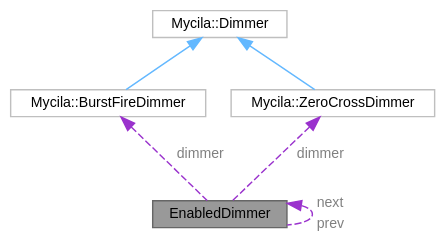
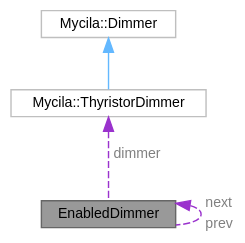
One commit to mathieucarbou/MycilaDimmer changed the diagram in docs/api/struct_enabled_dimmer__coll__graph.dot. Above: the diagram before and after it, drawn with Graphviz. The commit also changed 54 other files, not shown here.

```diff
--- a/docs/api/struct_enabled_dimmer__coll__graph.dot
+++ b/docs/api/struct_enabled_dimmer__coll__graph.dot
@@ -1,20 +1,16 @@
 digraph "EnabledDimmer"
 {
  // LATEX_PDF_SIZE
   bgcolor="transparent";
   edge [fontname=Helvetica,fontsize=10,labelfontname=Helvetica,labelfontsize=10];
   node [fontname=Helvetica,fontsize=10,shape=box,height=0.2,width=0.4];
   Node1 [id="Node000001",label="EnabledDimmer",height=0.2,width=0.4,color="gray40", fillcolor="grey60", style="filled", fontcolor="black",tooltip=" "];
   Node2 -> Node1 [id="edge1_Node000001_Node000002",dir="back",color="darkorchid3",style="dashed",tooltip=" ",label=<<TABLE CELLBORDER="0" BORDER="0"><TR><TD VALIGN="top" ALIGN="LEFT" CELLPADDING="1" CELLSPACING="0">dimmer</TD></TR>
 </TABLE>> ,fontcolor="grey" ];
-  Node2 [id="Node000002",label="Mycila::BurstFireDimmer",height=0.2,width=0.4,color="grey75", fillcolor="white", style="filled",URL="$class_mycila_1_1_burst_fire_dimmer.html",tooltip=" "];
+  Node2 [id="Node000002",label="Mycila::ThyristorDimmer",height=0.2,width=0.4,color="grey75", fillcolor="white", style="filled",URL="$class_mycila_1_1_thyristor_dimmer.html",tooltip=" "];
   Node3 -> Node2 [id="edge2_Node000002_Node000003",dir="back",color="steelblue1",style="solid",tooltip=" "];
   Node3 [id="Node000003",label="Mycila::Dimmer",height=0.2,width=0.4,color="grey75", fillcolor="white", style="filled",URL="$class_mycila_1_1_dimmer.html",tooltip=" "];
-  Node4 -> Node1 [id="edge3_Node000001_Node000004",dir="back",color="darkorchid3",style="dashed",tooltip=" ",label=<<TABLE CELLBORDER="0" BORDER="0"><TR><TD VALIGN="top" ALIGN="LEFT" CELLPADDING="1" CELLSPACING="0">dimmer</TD></TR>
-</TABLE>> ,fontcolor="grey" ];
-  Node4 [id="Node000004",label="Mycila::ZeroCrossDimmer",height=0.2,width=0.4,color="grey75", fillcolor="white", style="filled",URL="$class_mycila_1_1_zero_cross_dimmer.html",tooltip=" "];
-  Node3 -> Node4 [id="edge4_Node000004_Node000003",dir="back",color="steelblue1",style="solid",tooltip=" "];
-  Node1 -> Node1 [id="edge5_Node000001_Node000001",dir="back",color="darkorchid3",style="dashed",tooltip=" ",label=<<TABLE CELLBORDER="0" BORDER="0"><TR><TD VALIGN="top" ALIGN="LEFT" CELLPADDING="1" CELLSPACING="0">next</TD></TR>
+  Node1 -> Node1 [id="edge3_Node000001_Node000001",dir="back",color="darkorchid3",style="dashed",tooltip=" ",label=<<TABLE CELLBORDER="0" BORDER="0"><TR><TD VALIGN="top" ALIGN="LEFT" CELLPADDING="1" CELLSPACING="0">next</TD></TR>
 <TR><TD VALIGN="top" ALIGN="LEFT" CELLPADDING="1" CELLSPACING="0">prev</TD></TR>
 </TABLE>> ,fontcolor="grey" ];
 }
```
